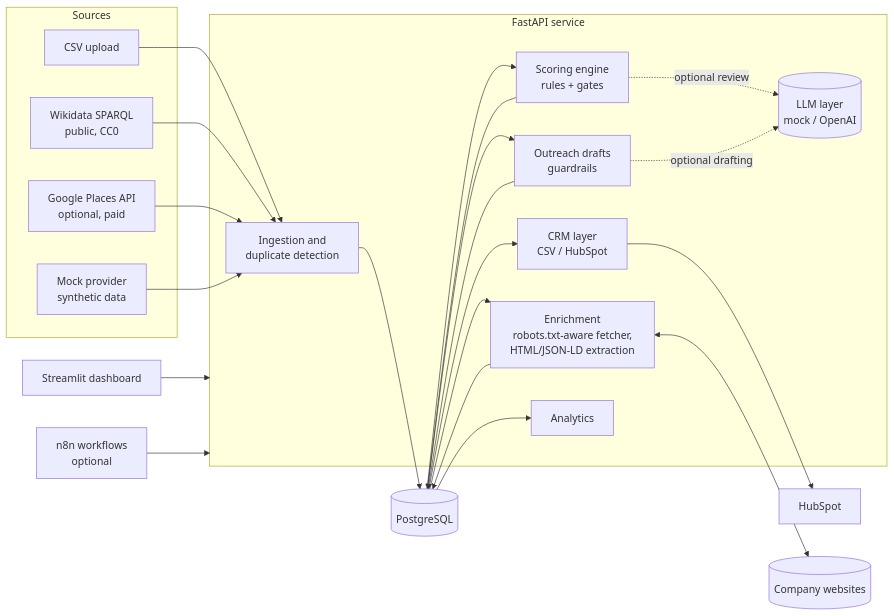
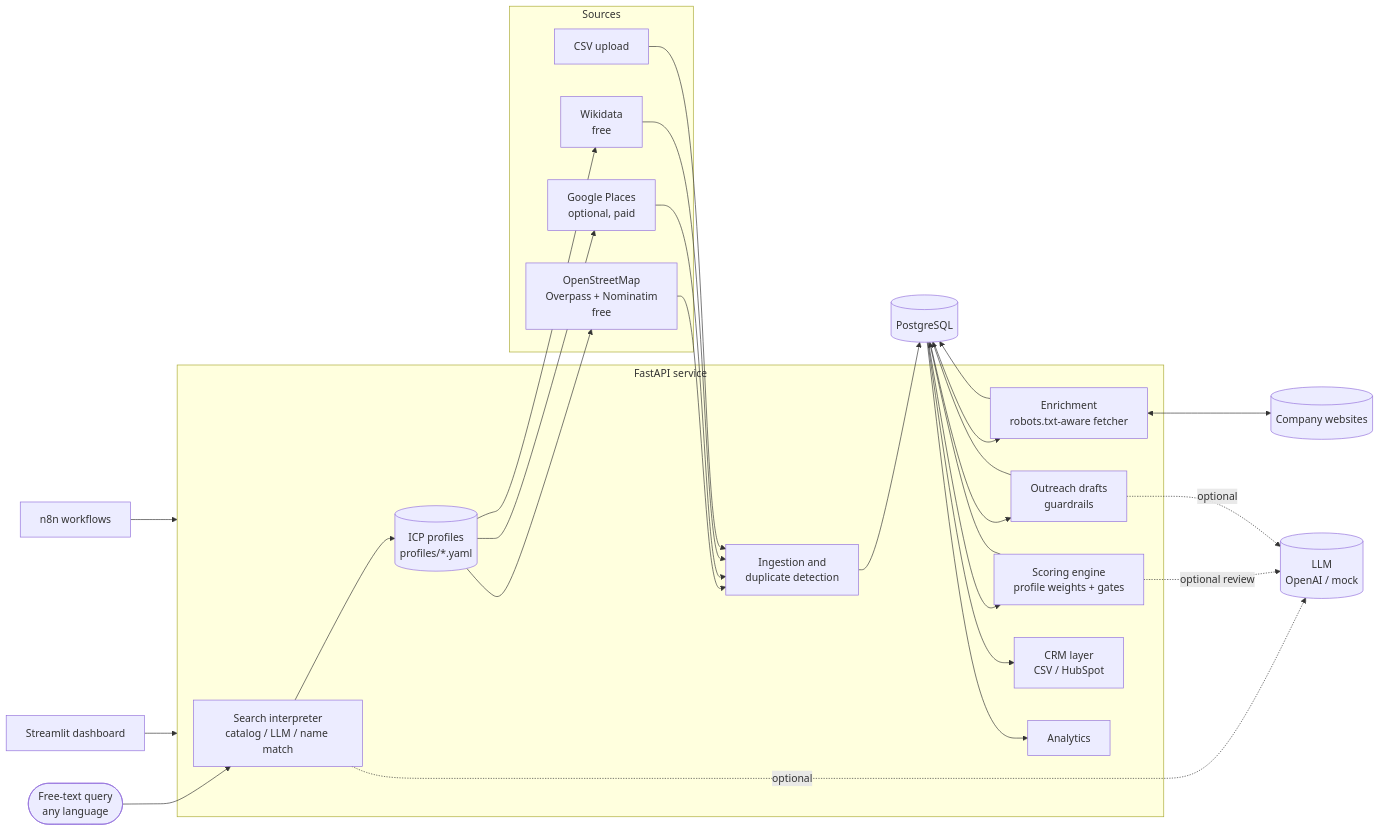
The diagram in README.md (Adreas-AI/ai-lead-intelligence-engine), drawn with Mermaid before and after one commit. The commit also changed other lines of this file and 75 other files, not shown here.

First line of the commit message:
Make the engine general-purpose: free-text search and ICP profiles

````diff
--- a/README.md
+++ b/README.md
@@ -58,37 +89,42 @@
 ```mermaid
 flowchart LR
-    subgraph Sources
-        CSV[CSV upload]
-        WD[Wikidata SPARQL<br/>public, CC0]
-        GP[Google Places API<br/>optional, paid]
-        MOCK[Mock provider<br/>synthetic data]
-    end
+    U([Free-text query<br/>any language]) --> INT
 
     subgraph API["FastAPI service"]
+        INT[Search interpreter<br/>catalog / LLM / name match]
+        PROF[(ICP profiles<br/>profiles/*.yaml)]
         ING[Ingestion and<br/>duplicate detection]
-        ENR[Enrichment<br/>robots.txt-aware fetcher,<br/>HTML/JSON-LD extraction]
-        SCO[Scoring engine<br/>rules + gates]
-        LLM[(LLM layer<br/>mock / OpenAI)]
+        ENR[Enrichment<br/>robots.txt-aware fetcher]
+        SCO[Scoring engine<br/>profile weights + gates]
         OUT[Outreach drafts<br/>guardrails]
         CRM[CRM layer<br/>CSV / HubSpot]
         ANA[Analytics]
     end
 
+    subgraph Sources
+        OSM[OpenStreetMap<br/>Overpass + Nominatim<br/>free]
+        GP[Google Places<br/>optional, paid]
+        WD[Wikidata<br/>free]
+        CSV[CSV upload]
+    end
+
+    LLM[(LLM<br/>OpenAI / mock)]
     DB[(PostgreSQL)]
+    WEB[(Company websites)]
     DASH[Streamlit dashboard]
-    N8N[n8n workflows<br/>optional]
-    HUB[HubSpot]
-    WEB[(Company websites)]
+    N8N[n8n workflows]
 
-    CSV & WD & GP & MOCK --> ING --> DB
-    ENR <--> WEB
-    DB --> ENR --> DB
-    DB --> SCO --> DB
+    INT --> PROF
+    INT -. optional .-> LLM
+    PROF --> OSM & GP & WD
+    OSM & GP & WD & CSV --> ING --> DB
+    DB --> ENR <--> WEB
+    ENR --> DB --> SCO --> DB
     SCO -. optional review .-> LLM
-    OUT -. optional drafting .-> LLM
     DB --> OUT --> DB
-    DB --> CRM --> HUB
+    OUT -. optional .-> LLM
+    DB --> CRM
     DB --> ANA
     DASH --> API
     N8N --> API
 ```
````
